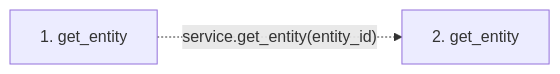
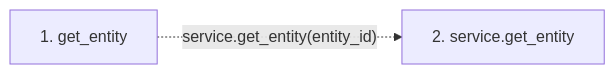
Before and after one commit to Denissvgn/python-wiki-llm: the second of 2 diagrams in docs/llm_wiki/flows/mcp-get_entity.md, drawn with Mermaid. The commit also changed other lines of this file and 719 other files, not shown here.

````diff
--- a/docs/llm_wiki/flows/mcp-get_entity.md
+++ b/docs/llm_wiki/flows/mcp-get_entity.md
@@ -19,7 +20,7 @@
 ```mermaid
 flowchart LR
     s1["1. get_entity"]
-    s2["2. get_entity"]
+    s2["2. service.get_entity"]
     s1 -. "service.get_entity(entity_id)" .-> s2
     click s1 "../modules/mcp_server.md"
 ```
````
